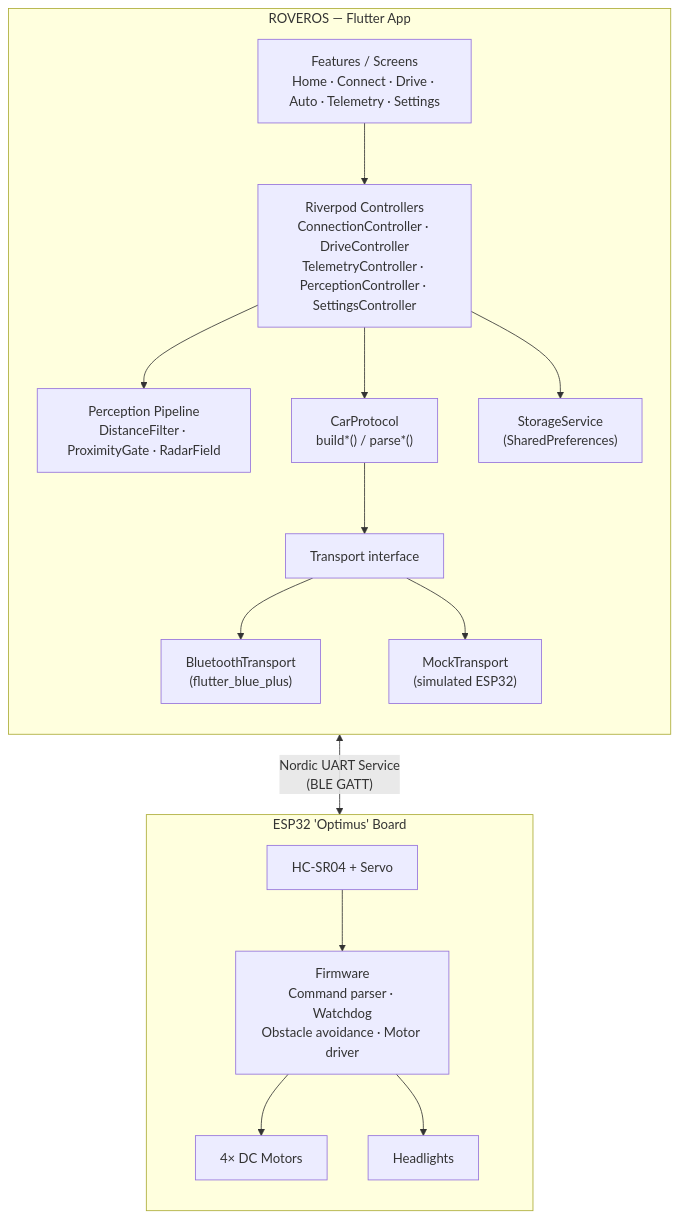
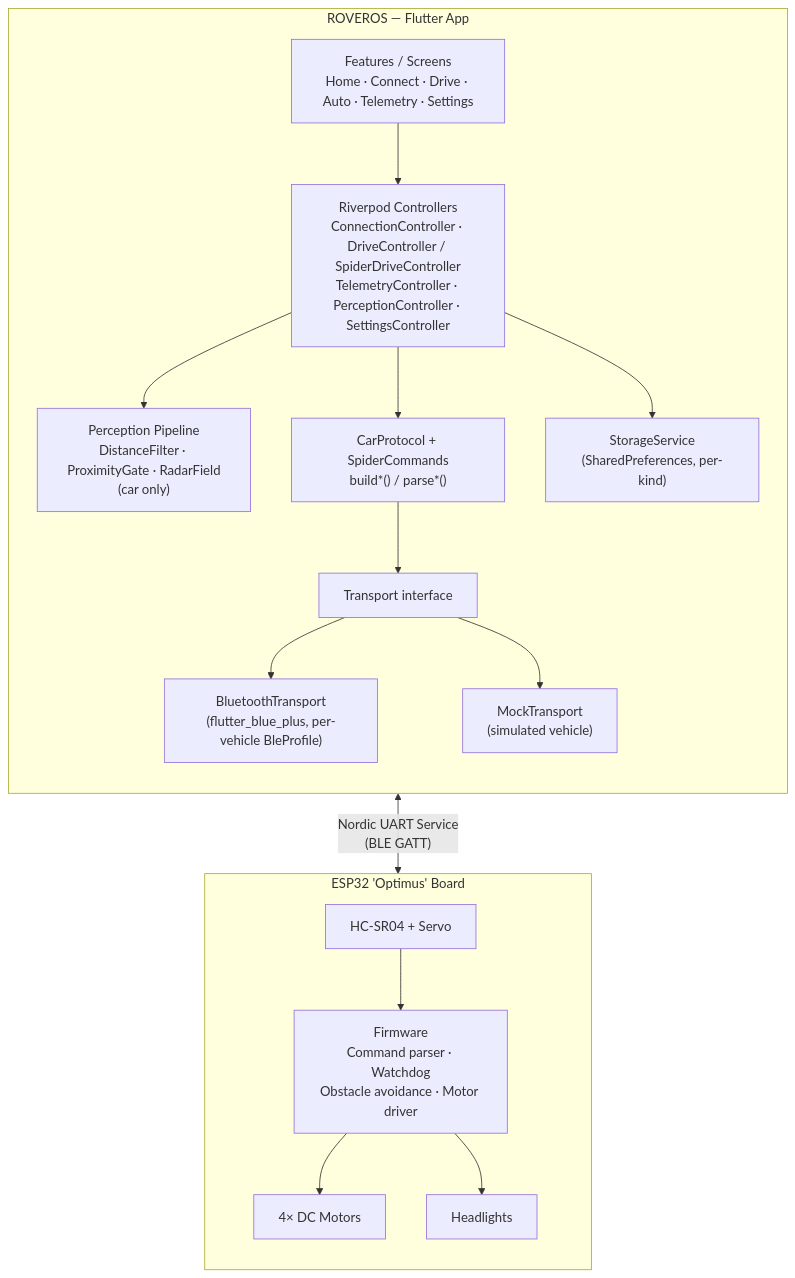
One commit to Aakashwije/RoverOS changed the first of 5 diagrams in README.md. Above: the diagram before and after it, drawn with Mermaid. The commit also changed other lines of this file and 1 other file, not shown here.

Commit message:
feat: Update settings labels for mock mode and vehicle terminology

````diff
--- a/README.md
+++ b/README.md
@@ -144,36 +199,36 @@
 ```mermaid
 flowchart TB
     subgraph Phone["ROVEROS — Flutter App"]
         direction TB
         UI["Features / Screens\nHome · Connect · Drive · Auto · Telemetry · Settings"]
-        Ctrl["Riverpod Controllers\nConnectionController · DriveController\nTelemetryController · PerceptionController · SettingsController"]
-        Perception["Perception Pipeline\nDistanceFilter · ProximityGate · RadarField"]
-        Protocol["CarProtocol\nbuild*() / parse*()"]
+        Ctrl["Riverpod Controllers\nConnectionController · DriveController / SpiderDriveController\nTelemetryController · PerceptionController · SettingsController"]
+        Perception["Perception Pipeline\nDistanceFilter · ProximityGate · RadarField\n(car only)"]
+        Protocol["CarProtocol + SpiderCommands\nbuild*() / parse*()"]
         Transport["Transport interface"]
-        BLEImpl["BluetoothTransport\n(flutter_blue_plus)"]
-        MockImpl["MockTransport\n(simulated ESP32)"]
-        Storage["StorageService\n(SharedPreferences)"]
+        BLEImpl["BluetoothTransport\n(flutter_blue_plus, per-vehicle BleProfile)"]
+        MockImpl["MockTransport\n(simulated vehicle)"]
+        Storage["StorageService\n(SharedPreferences, per-kind)"]
 
         UI --> Ctrl
         Ctrl --> Perception
         Ctrl --> Protocol
         Ctrl --> Storage
         Protocol --> Transport
         Transport --> BLEImpl
         Transport --> MockImpl
     end
 
     subgraph Vehicle["ESP32 'Optimus' Board"]
         direction TB
         Firmware["Firmware\nCommand parser · Watchdog\nObstacle avoidance · Motor driver"]
         Sensors["HC-SR04 + Servo"]
         Motors["4× DC Motors"]
         LEDs["Headlights"]
 
         Firmware --> Motors
         Firmware --> LEDs
         Sensors --> Firmware
     end
 
     BLEImpl <-->|"Nordic UART Service\n(BLE GATT)"| Firmware
 ```
````
